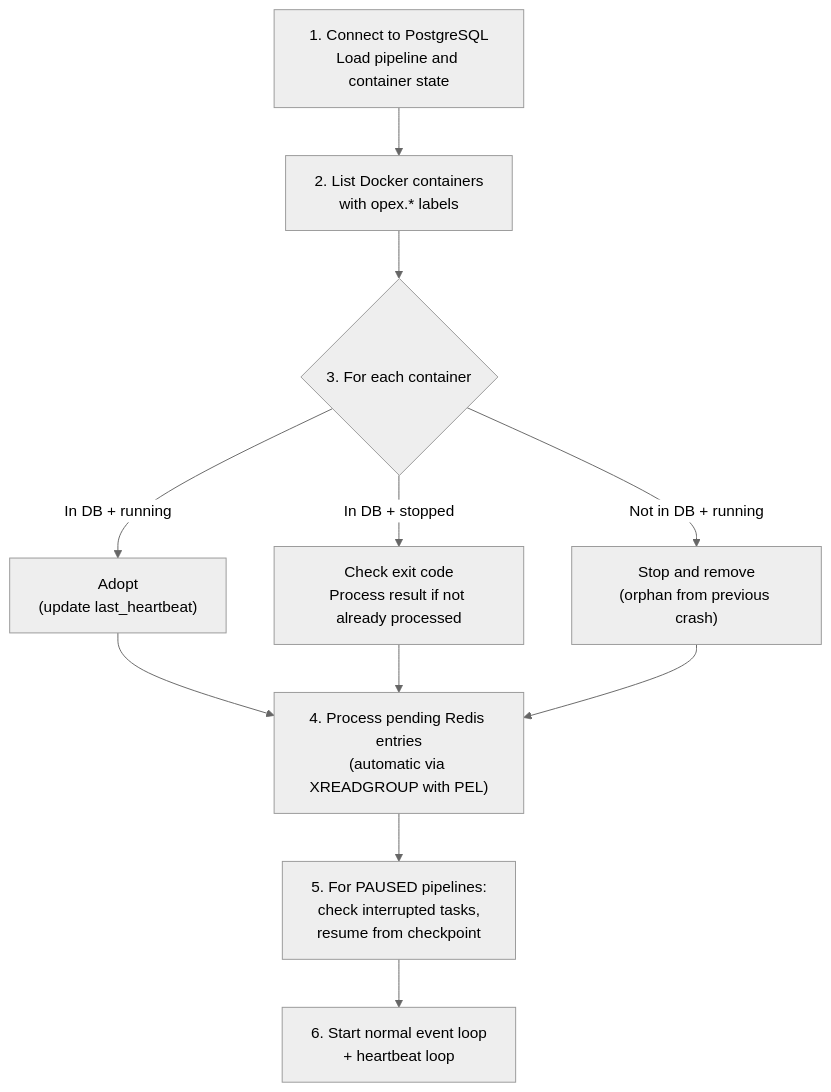
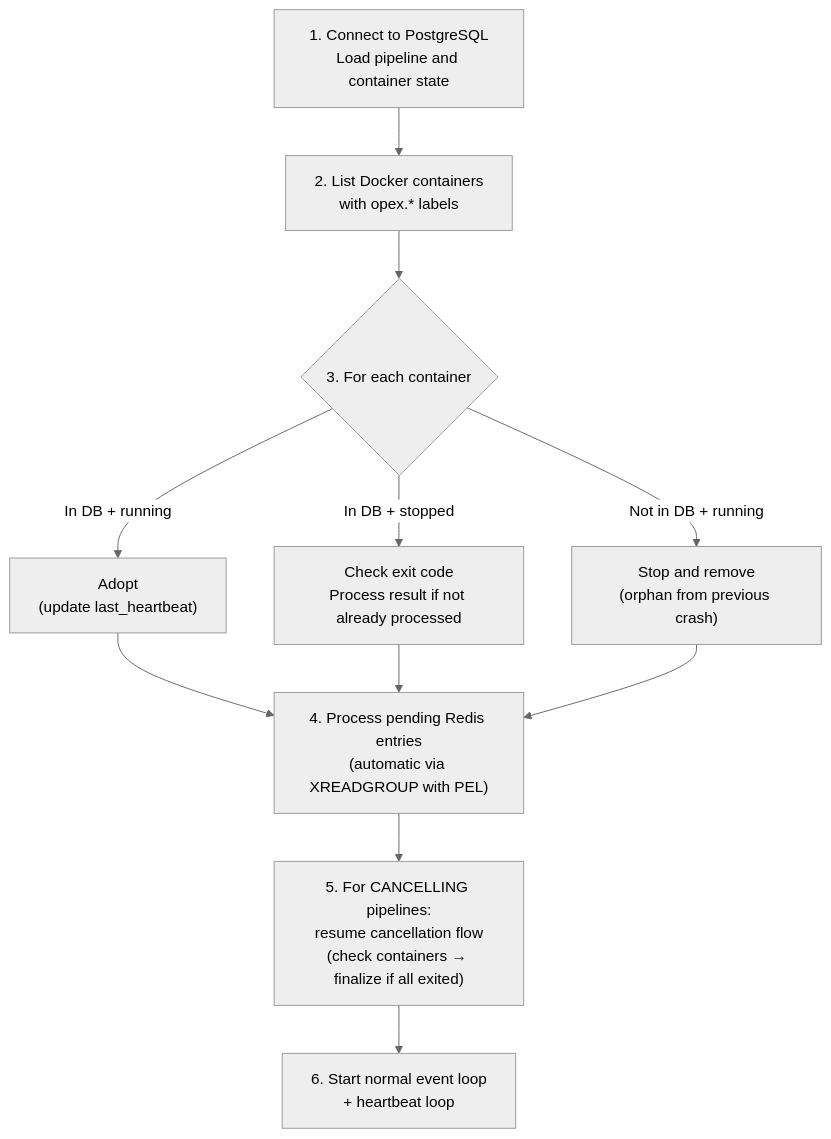
The eighth of 8 diagrams in docs/specs/13-orchestrator.md (0xc14m1z/opex), drawn with Mermaid (neutral theme) before and after one commit. The commit also changed other lines of this file and 7 other files, not shown here.

````diff
--- a/docs/specs/13-orchestrator.md
+++ b/docs/specs/13-orchestrator.md
@@ -751,11 +749,11 @@
 ```mermaid
 flowchart TD
     A["1. Connect to PostgreSQL\nLoad pipeline and container state"] --> B["2. List Docker containers\nwith opex.* labels"]
     B --> C{"3. For each container"}
     C -->|"In DB + running"| D["Adopt\n(update last_heartbeat)"]
     C -->|"In DB + stopped"| E["Check exit code\nProcess result if not already processed"]
     C -->|"Not in DB + running"| F["Stop and remove\n(orphan from previous crash)"]
     D & E & F --> G["4. Process pending Redis entries\n(automatic via XREADGROUP with PEL)"]
-    G --> H["5. For PAUSED pipelines:\ncheck interrupted tasks,\nresume from checkpoint"]
+    G --> H["5. For CANCELLING pipelines:\nresume cancellation flow\n(check containers → finalize if all exited)"]
     H --> I["6. Start normal event loop\n+ heartbeat loop"]
 ```
````
